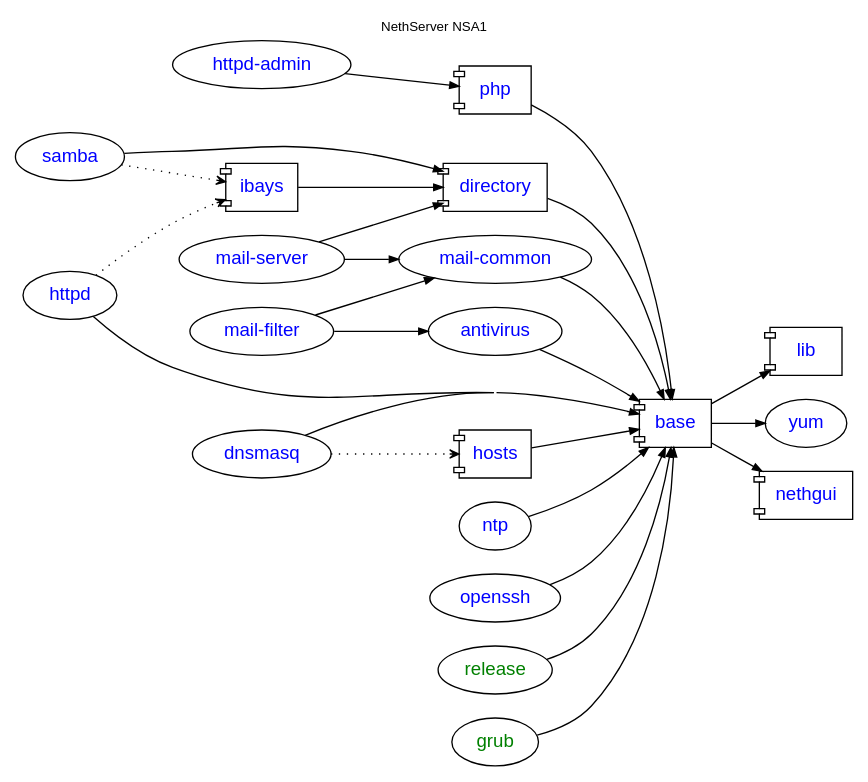
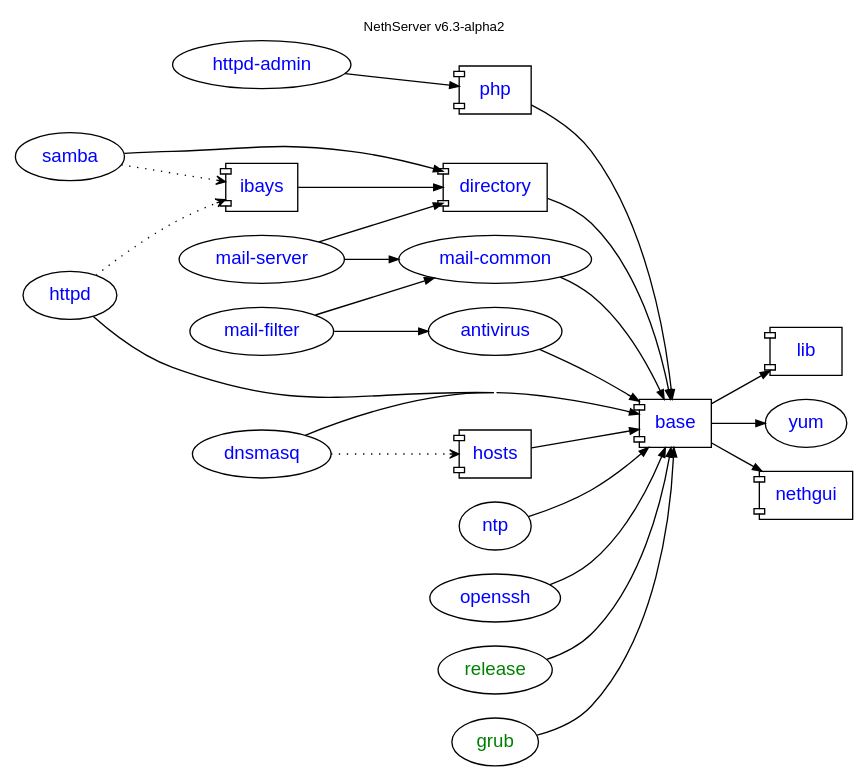
One commit to nethesis/dev-nethesis-it changed the diagram in nethserver/package-dependencies.dot. Above: the diagram before and after it, drawn with Graphviz. The commit also changed 2 other files, not shown here.

Commit message:
NSA1 released.

```diff
--- a/nethserver/package-dependencies.dot
+++ b/nethserver/package-dependencies.dot
@@ -1,54 +1,54 @@
-digraph NSA1 {
-    rankdir = "LR"; compound = true; concentrate = true; fontname = "Helvetica"; fontnames="svg"; fontsize=10.0; label="NethServer NSA1"; labelloc = "t"
+digraph "v6.3-alpha2" {
+    rankdir = "LR"; compound = true; concentrate = true; fontname = "Helvetica"; fontnames="svg"; fontsize=10.0; label="NethServer v6.3-alpha2"; labelloc = "t"
 
     node [shape="oval",fontname="Helvetica"];
     edge [arrowsize=0.7];
 
     httpd_admin [fontcolor=blue,label="httpd-admin",URL="http://dev.nethesis.it/projects/nethserver-httpd-admin"];
     base [fontcolor=blue,URL="http://dev.nethesis.it/projects/nethserver-base",shape="component"];
     directory [fontcolor=blue,URL="http://dev.nethesis.it/projects/nethserver-directory",shape="component"];    
     samba [fontcolor=blue,URL="http://dev.nethesis.it/projects/nethserver-samba"];    
     ibays [fontcolor=blue,URL="http://dev.nethesis.it/projects/nethserver-ibays",shape="component"];    
     lib [fontcolor=blue,URL="http://dev.nethesis.it/projects/nethserver-lib",shape="component"];    
     httpd [fontcolor=blue,URL="http://dev.nethesis.it/projects/nethserver-httpd"];    
     hosts [fontcolor=blue,URL="http://dev.nethesis.it/projects/nethserver-hosts",shape="component"];
     php [fontcolor=blue,URL="http://dev.nethesis.it/projects/nethserver-php",shape="component"];
     yum [fontcolor=blue,URL="http://dev.nethesis.it/projects/nethserver-yum"];
     ntp [fontcolor=blue,URL="http://dev.nethesis.it/projects/nethserver-ntp"];
     dnsmasq [fontcolor=blue,URL="http://dev.nethesis.it/projects/nethserver-dnsmasq"];
     mails [label="mail-server",fontcolor=blue,URL="http://dev.nethesis.it/projects/nethserver-mail-server"];
     mailf [label="mail-filter",fontcolor=blue,URL="http://dev.nethesis.it/projects/nethserver-mail-filter"];
     mailc [label="mail-common",fontcolor=blue,URL="http://dev.nethesis.it/projects/nethserver-mail-common"];
     nethgui [fontcolor=blue,URL="http://dev.nethesis.it/projects/nethgui",shape="component"];    
     openssh [fontcolor=blue,URL="http://dev.nethesis.it/projects/nethserver-openssh"];
     antivirus [fontcolor=blue,URL="http://dev.nethesis.it/projects/nethserver-antivirus"];
 
     release [fontcolor=green,URL="https://dev.nethesis.it/projects/nethserver-base/repository/nethserver-release"];
     grub [fontcolor=green,URL="https://dev.nethesis.it/projects/nethserver-base/repository/nethserver-grub"];
                    
     base -> lib
     base -> nethgui
     openssh -> base
     directory -> base
     samba -> directory
     ibays -> directory
     httpd -> base
     httpd -> ibays [style=dotted,arrowhead=vee];
     dnsmasq -> hosts [style=dotted,arrowhead=vee];
     dnsmasq -> base
     hosts -> base
     httpd_admin -> php
     samba -> ibays [style=dotted,arrowhead=vee];
     base -> yum
     ntp -> base
     php -> base
     mails -> directory
     mails -> mailc
     mailf -> mailc
     mailf -> antivirus
     mailc -> base
     antivirus -> base
     release -> base
     grub -> base
 
 }
```
